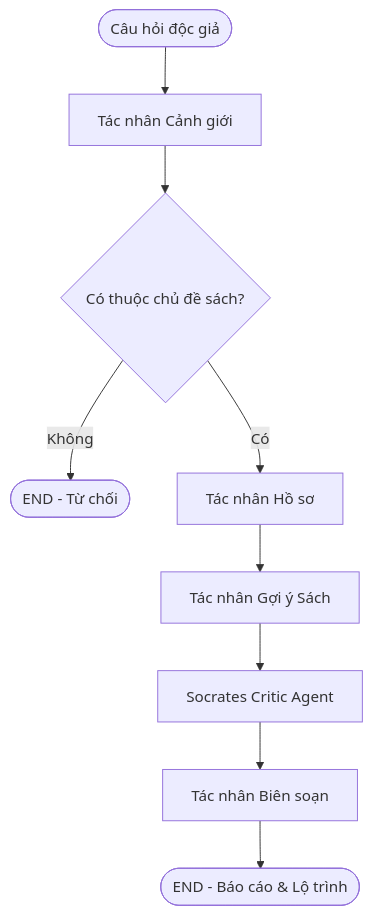
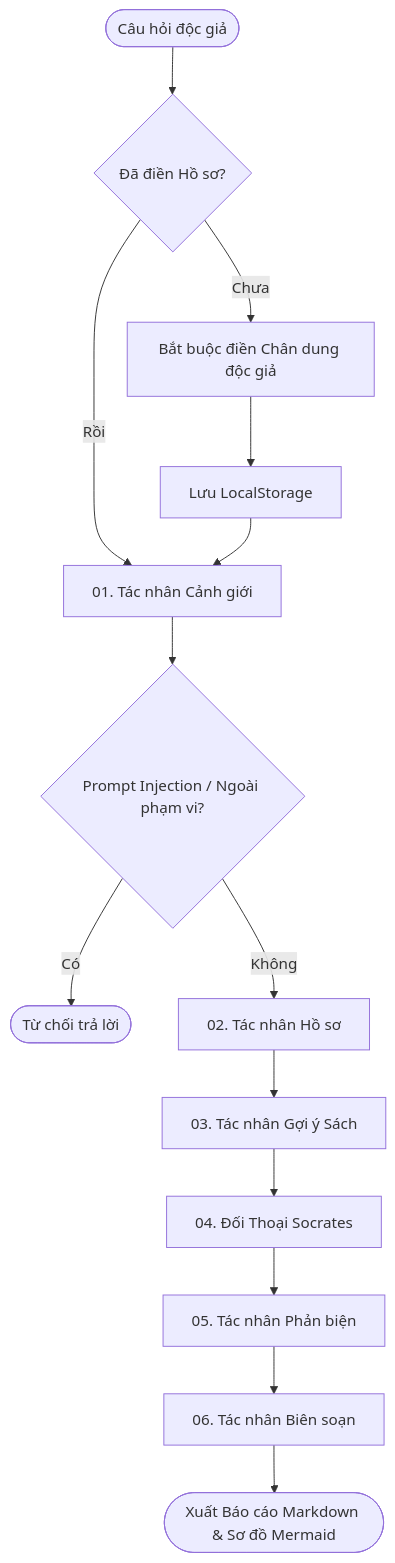
Before and after one commit to ntd25022006q/bookmind-socratic-agent: the diagram in README.md, drawn with Mermaid. The commit also changed other lines of this file, not shown here.

Commit message:
docs: rewrite README.md with professional structure, architecture, and author info

````diff
--- a/README.md
+++ b/README.md
@@ -10,11 +20,18 @@
 ```mermaid
 flowchart TD
-    Input(["Câu hỏi độc giả"]) --> Guardrail["Tác nhân Cảnh giới"]
-    Guardrail --> Decision{"Có thuộc chủ đề sách?"}
-    Decision -- "Không" --> End1(["END - Từ chối"])
-    Decision -- "Có" --> Profiler["Tác nhân Hồ sơ"]
-    Profiler --> Recommender["Tác nhân Gợi ý Sách"]
-    Recommender --> Socrates["Socrates Critic Agent"]
-    Socrates --> Reporter["Tác nhân Biên soạn"]
-    Reporter --> End2(["END - Báo cáo & Lộ trình"])
+    Input(["Câu hỏi độc giả"]) --> FormCheck{"Đã điền Hồ sơ?"}
+    FormCheck -- "Chưa" --> ShowForm["Bắt buộc điền Chân dung độc giả"]
+    ShowForm --> SaveProfile["Lưu LocalStorage"]
+    FormCheck -- "Rồi" --> Guardrail["01. Tác nhân Cảnh giới"]
+    SaveProfile --> Guardrail
+    
+    Guardrail --> InjectionCheck{"Prompt Injection / Ngoài phạm vi?"}
+    InjectionCheck -- "Có" --> RejectEnd(["Từ chối trả lời"])
+    InjectionCheck -- "Không" --> Profiler["02. Tác nhân Hồ sơ"]
+    
+    Profiler --> Recommender["03. Tác nhân Gợi ý Sách"]
+    Recommender --> Questioner["04. Đối Thoại Socrates"]
+    Questioner --> Critic["05. Tác nhân Phản biện"]
+    Critic --> Reporter["06. Tác nhân Biên soạn"]
+    Reporter --> ReportEnd(["Xuất Báo cáo Markdown & Sơ đồ Mermaid"])
 ```
````
